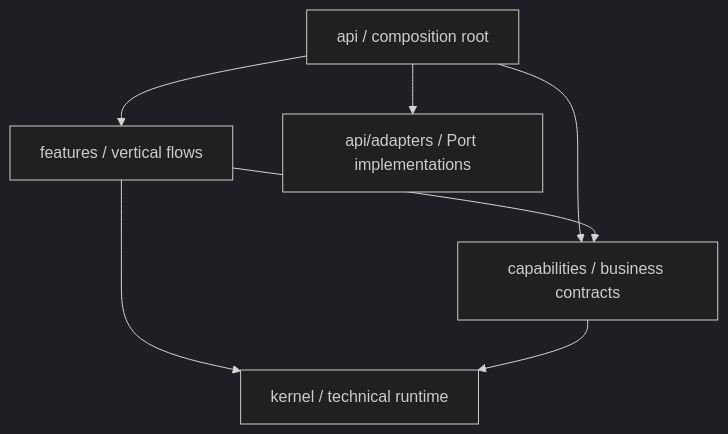
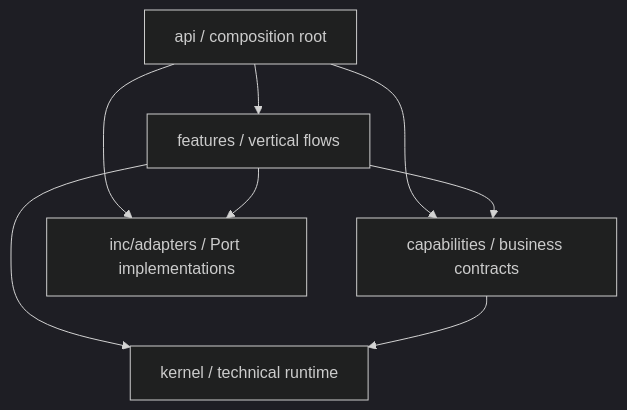
The diagram in context/spec/architecture.md (yeraph-plus/aiya-cms), drawn with Mermaid (dark theme) before and after one commit. The commit also changed other lines of this file and 270 other files, not shown here.

````diff
--- a/context/spec/architecture.md
+++ b/context/spec/architecture.md
@@ -17,9 +17,10 @@
 ```mermaid
 flowchart TD
     API["api / composition root"] --> FEATURES["features / vertical flows"]
     API --> CAPS["capabilities / business contracts"]
-    API --> ADAPTERS["api/adapters / Port implementations"]
+    API --> ADAPTERS["inc/adapters / Port implementations"]
     FEATURES --> CAPS
+    FEATURES --> ADAPTERS
     FEATURES --> KERNEL["kernel / technical runtime"]
     CAPS --> KERNEL
 ```
````
